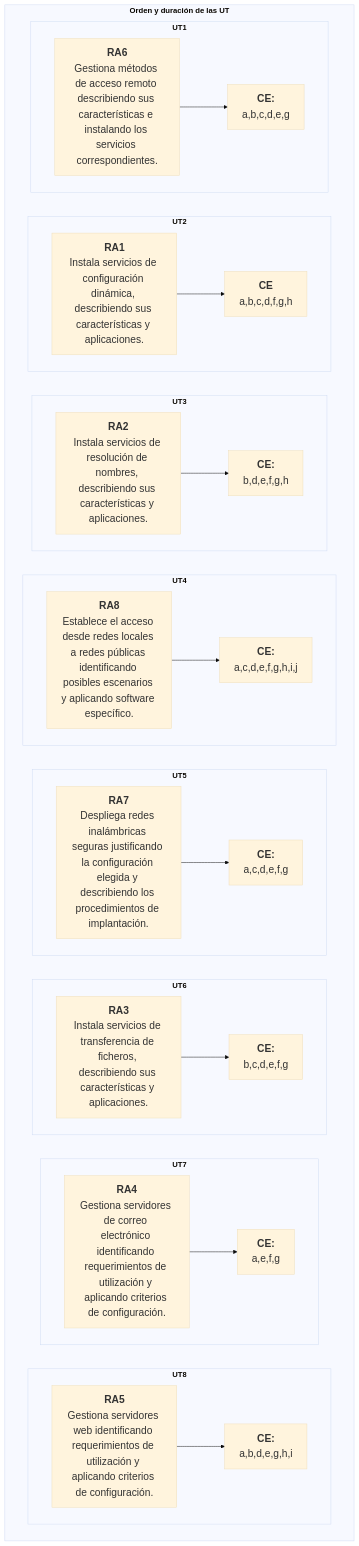
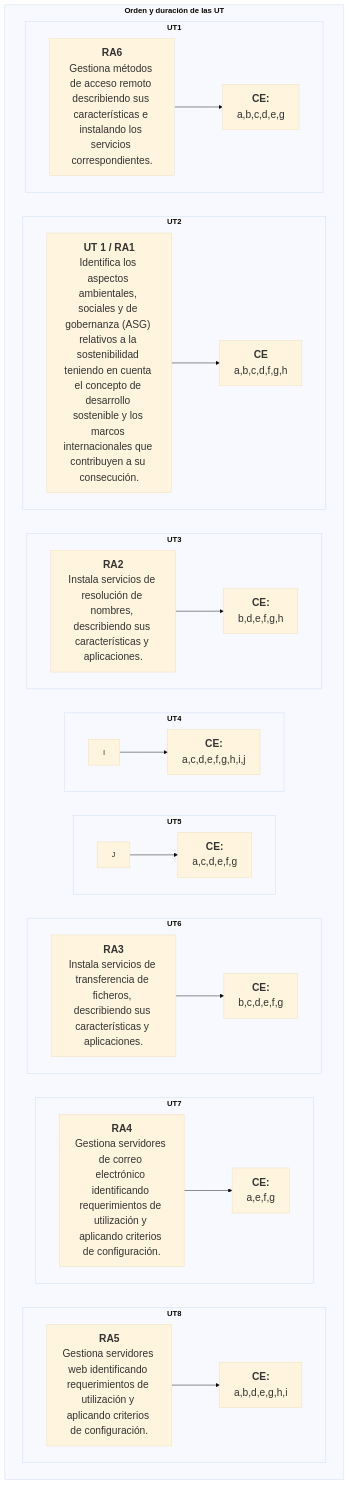
Before and after one commit to javieregeablasco/Apuntes: the diagram in docs/SMX/SMX_2/Sostenibilidad/00_Temario.md, drawn with Mermaid (base theme).

Commit message:
Sep 7, 2026, 5:37 PM

````diff
--- a/docs/SMX/SMX_2/Sostenibilidad/00_Temario.md
+++ b/docs/SMX/SMX_2/Sostenibilidad/00_Temario.md
@@ -311,7 +311,7 @@
 ```mermaid
 flowchart TB 
-  A["`**RA1**
-  Instala servicios de configuración dinámica, describiendo sus características y aplicaciones.`"]
+  A["`**UT 1 / RA1**
+  Identifica los aspectos ambientales, sociales y de gobernanza (ASG) relativos a la sostenibilidad teniendo en cuenta el concepto de desarrollo sostenible y los marcos internacionales que contribuyen a su consecución.`"]
   C["`**RA2**
   Instala servicios de resolución de nombres, describiendo sus características y aplicaciones.`"]
   G["`**RA3**
@@ -322,10 +322,7 @@
   Gestiona servidores web identificando requerimientos de utilización y aplicando criterios de configuración.`"]
   D["`**RA6**
   Gestiona métodos de acceso remoto describiendo sus características e instalando los servicios correspondientes.`"]
-  J["`**RA7**
-  Despliega redes inalámbricas seguras justificando la configuración elegida y describiendo los procedimientos de implantación.`"]
-  I["`**RA8**
-  Establece el acceso desde redes locales a redes públicas identificando posibles escenarios y aplicando software específico.`"]
+ 
 
   classDef texto font-size:1.1em;
   classDef principal font-size:1.4em;
````
